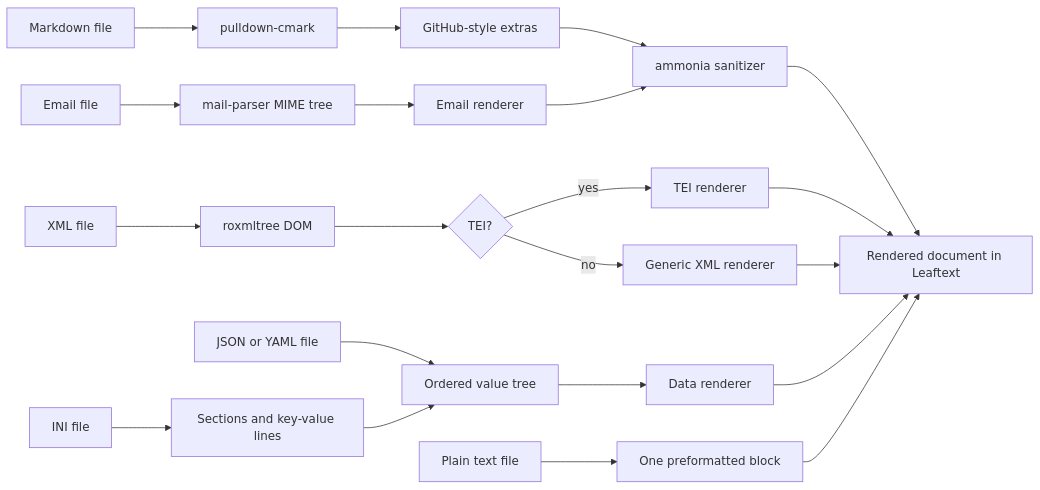
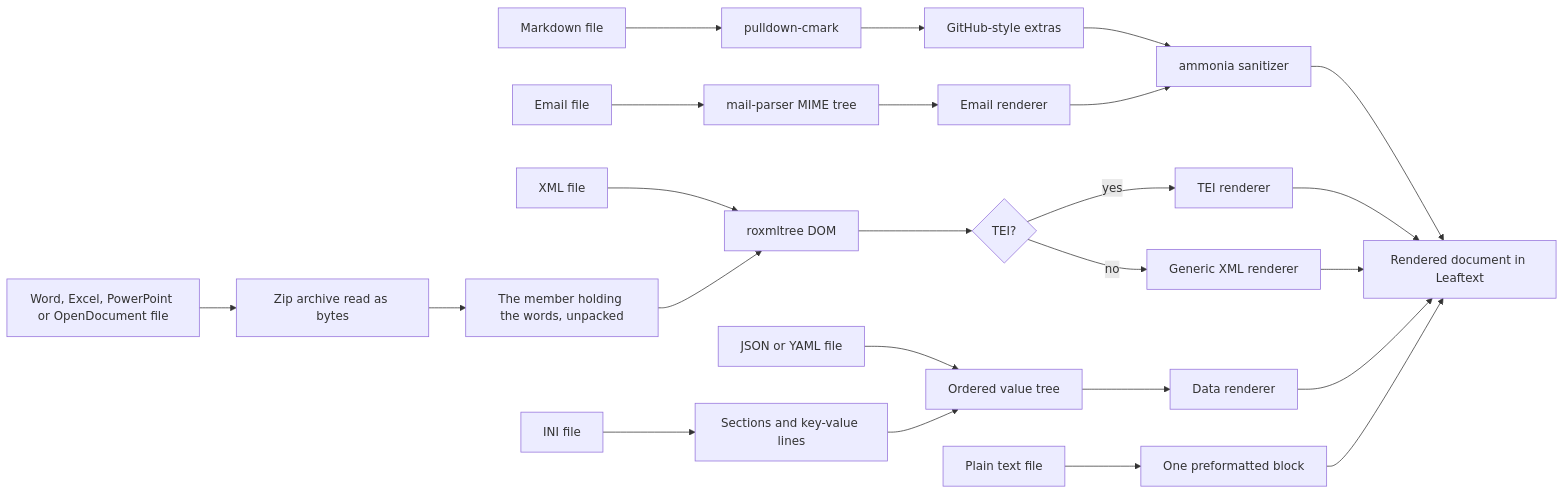
The first of 3 diagrams in docs/01-features/01-rendering.md (ryanallen/leaftext), drawn with Mermaid before and after one commit. The commit also changed other lines of this file and 17 other files, not shown here.

Commit message:
A second spreadsheet cell typed in one sitting no longer mangles the sheet the site build draws the six packaged formats again and the pages say the app opens Word Excel PowerPoint and OpenDocument files

````diff
--- a/docs/01-features/01-rendering.md
+++ b/docs/01-features/01-rendering.md
@@ -29,23 +29,26 @@
 ```mermaid
 flowchart LR
     A[Markdown file] --> B[pulldown-cmark]
     B --> C[GitHub-style extras]
     C --> D[ammonia sanitizer]
     D --> E[Rendered document in Leaftext]
     F[XML file] --> G[roxmltree DOM]
     G --> H{TEI?}
     H -->|yes| I[TEI renderer]
     H -->|no| J[Generic XML renderer]
     I --> E
     J --> E
     K[JSON or YAML file] --> L[Ordered value tree]
     L --> M[Data renderer]
     M --> E
     N[Email file] --> O[mail-parser MIME tree]
     O --> P[Email renderer]
     P --> D
     Q[INI file] --> R[Sections and key-value lines]
     R --> L
     S[Plain text file] --> T[One preformatted block]
     T --> E
+    U[Word, Excel, PowerPoint or OpenDocument file] --> V[Zip archive read as bytes]
+    V --> W[The member holding the words, unpacked]
+    W --> G
 ```
````
